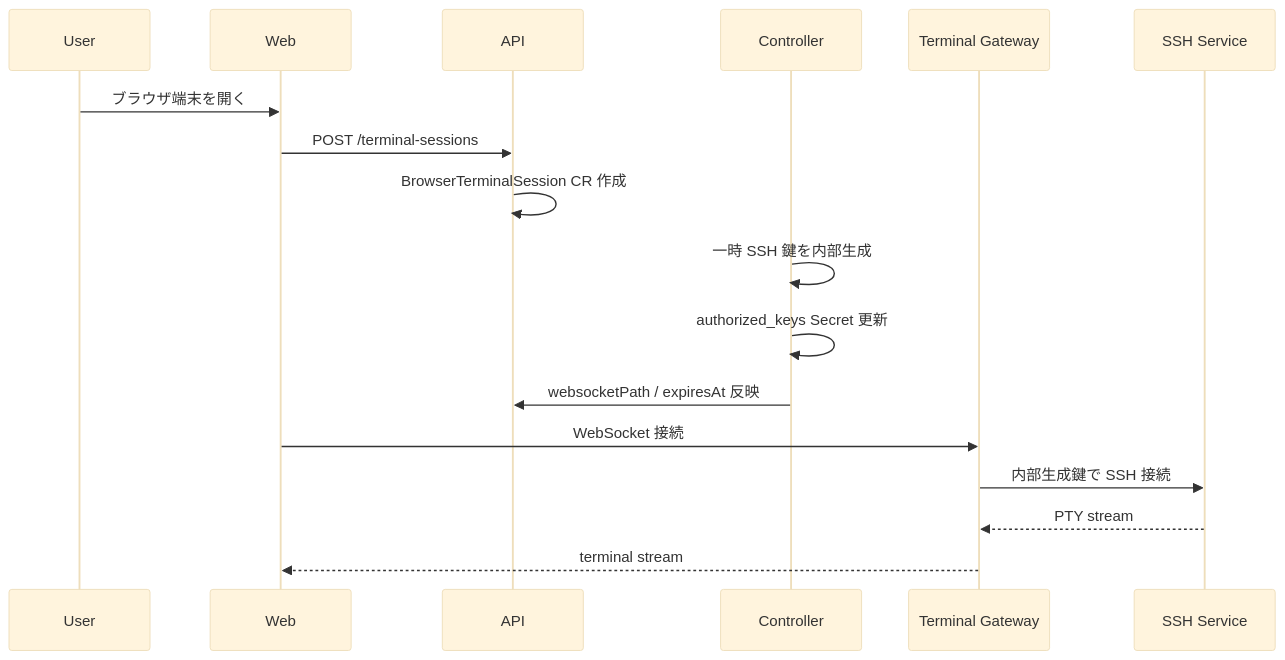
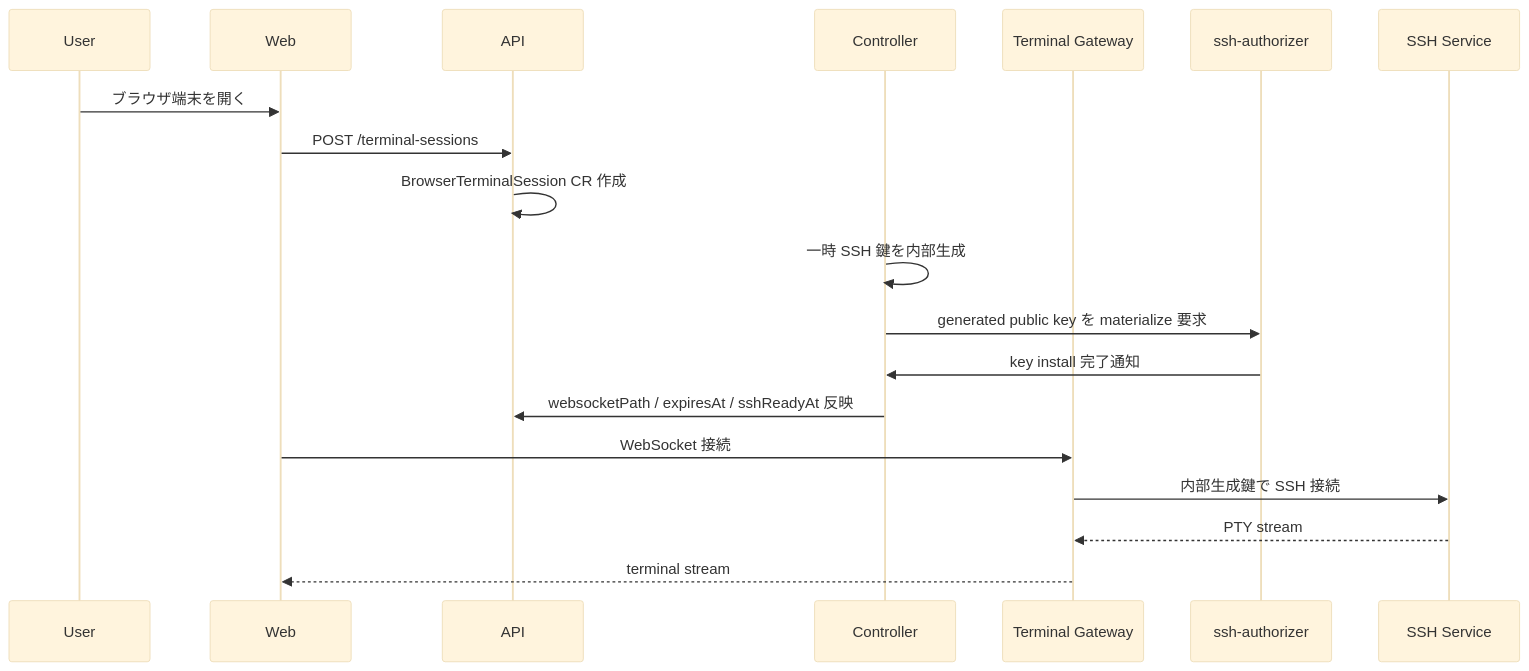
Before and after one commit to chalharu/copilot-sandbox-container: the ninth of 9 diagrams in docs/reference/orchestrator-basic-design.md, drawn with Mermaid (base theme). The commit also changed other lines of this file and 2 other files, not shown here.

````diff
--- a/docs/reference/orchestrator-basic-design.md
+++ b/docs/reference/orchestrator-basic-design.md
@@ -542,20 +577,22 @@
 ```mermaid
 sequenceDiagram
   participant U as User
   participant W as Web
   participant A as API
   participant C as Controller
   participant T as Terminal Gateway
+  participant P as ssh-authorizer
   participant S as SSH Service
 
   U->>W: ブラウザ端末を開く
   W->>A: POST /terminal-sessions
   A->>A: BrowserTerminalSession CR 作成
   C->>C: 一時 SSH 鍵を内部生成
-  C->>C: authorized_keys Secret 更新
-  C->>A: websocketPath / expiresAt 反映
+  C->>P: generated public key を materialize 要求
+  P->>C: key install 完了通知
+  C->>A: websocketPath / expiresAt / sshReadyAt 反映
   W->>T: WebSocket 接続
   T->>S: 内部生成鍵で SSH 接続
   S-->>T: PTY stream
   T-->>W: terminal stream
 ```
````
